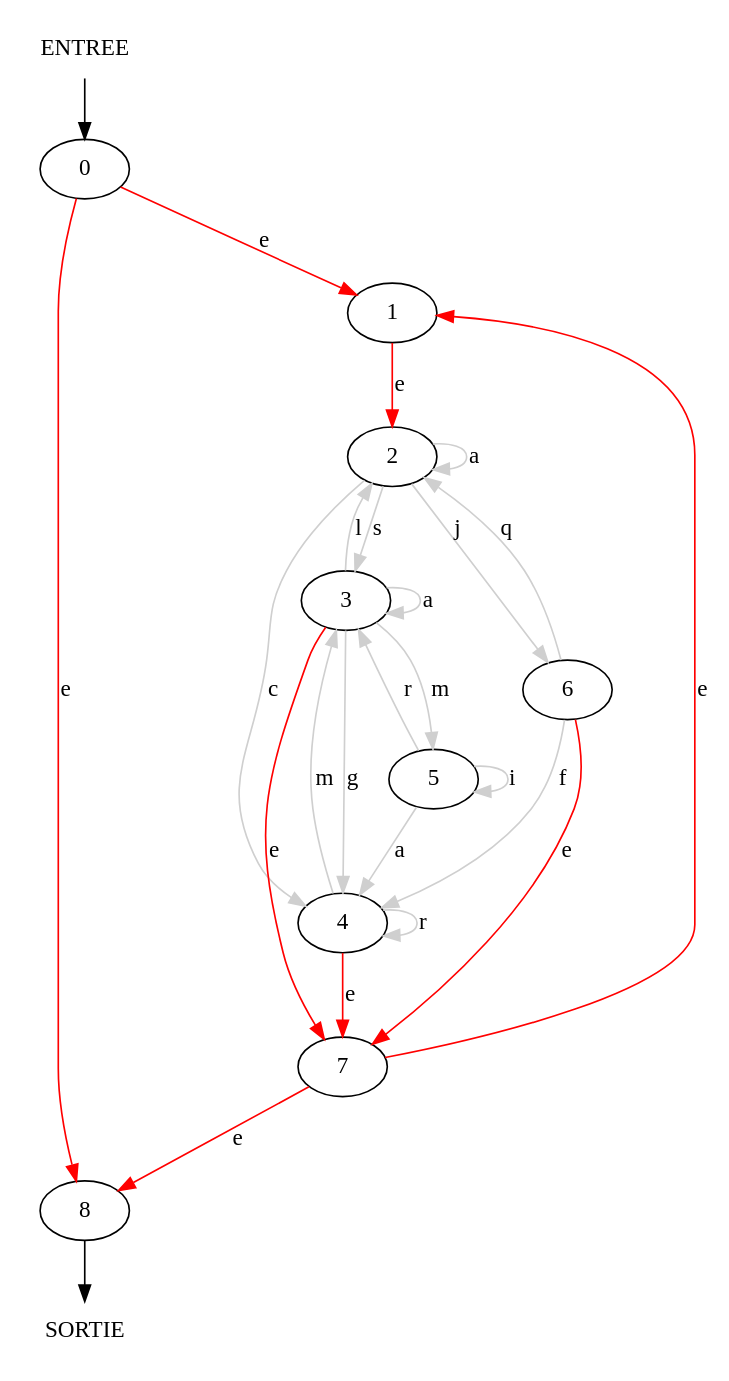
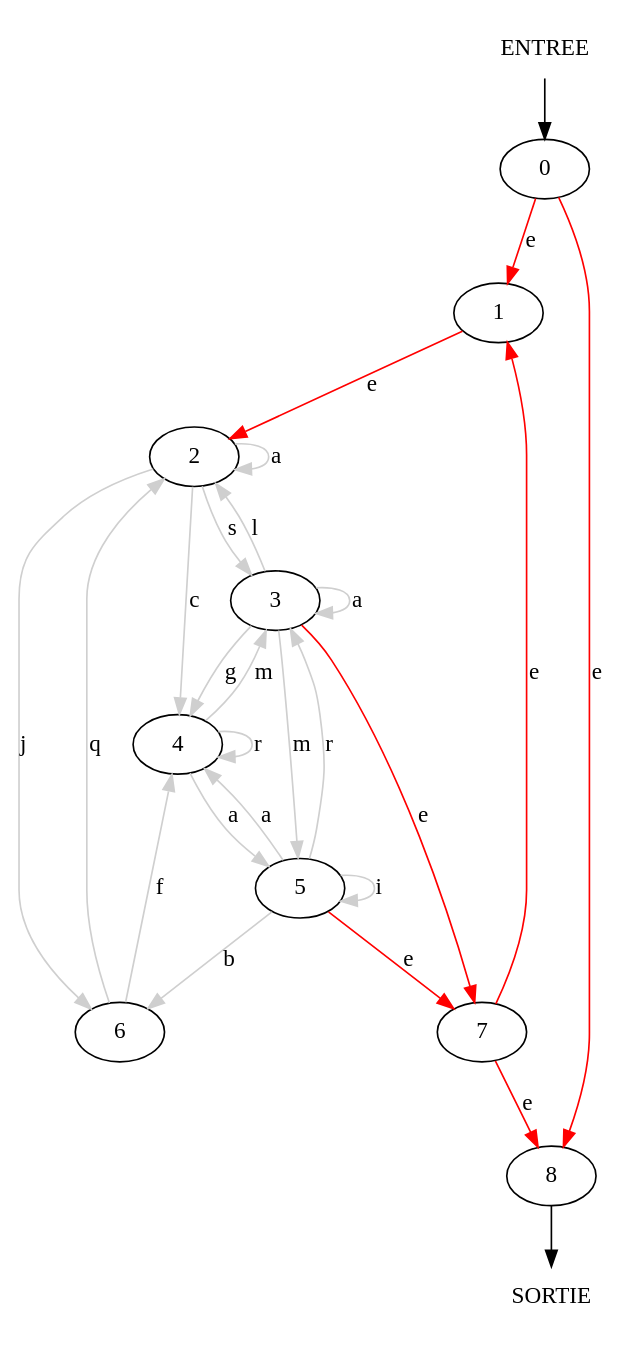
Before and after one commit to Y7T007/PROJECT_THL_GI: the diagram in cmake-build-debug/etoile.dot, drawn with Graphviz. The commit also changed 56 other files, not shown here.

```diff
--- a/cmake-build-debug/etoile.dot
+++ b/cmake-build-debug/etoile.dot
@@ -1,37 +1,38 @@
 digraph test_graph{
 e[ label="ENTREE" shape=none]
 s[ label="SORTIE" shape=none]
 0 [label="0"]
 1 [label="1"]
 2 [label="2"]
 3 [label="3"]
 4 [label="4"]
 5 [label="5"]
 6 [label="6"]
 7 [label="7"]
 8 [label="8"];
 e -> 0  ;
 0 -> 1 [label="e" color=red ] 
 0 -> 8 [label="e" color=red ] 
 1 -> 2 [label="e" color=red ] 
 2 -> 2 [label="a" color=grey81 ] 
 2 -> 3 [label="s" color=grey81 ] 
 2 -> 4 [label="c" color=grey81 ] 
 2 -> 6 [label="j" color=grey81 ] 
 3 -> 2 [label="l" color=grey81 ] 
 3 -> 3 [label="a" color=grey81 ] 
 3 -> 4 [label="g" color=grey81 ] 
 3 -> 5 [label="m" color=grey81 ] 
 3 -> 7 [label="e" color=red ] 
 4 -> 3 [label="m" color=grey81 ] 
 4 -> 4 [label="r" color=grey81 ] 
-4 -> 7 [label="e" color=red ] 
+4 -> 5 [label="a" color=grey81 ] 
 5 -> 3 [label="r" color=grey81 ] 
 5 -> 4 [label="a" color=grey81 ] 
 5 -> 5 [label="i" color=grey81 ] 
+5 -> 6 [label="b" color=grey81 ] 
+5 -> 7 [label="e" color=red ] 
 6 -> 2 [label="q" color=grey81 ] 
 6 -> 4 [label="f" color=grey81 ] 
-6 -> 7 [label="e" color=red ] 
 7 -> 1 [label="e" color=red ] 
 7 -> 8 [label="e" color=red ] 
 8 -> s ;}
```
